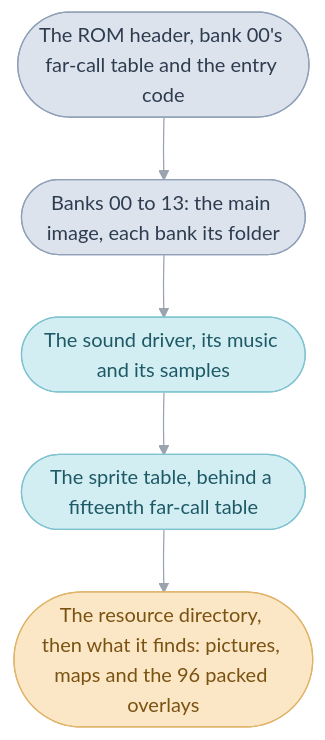
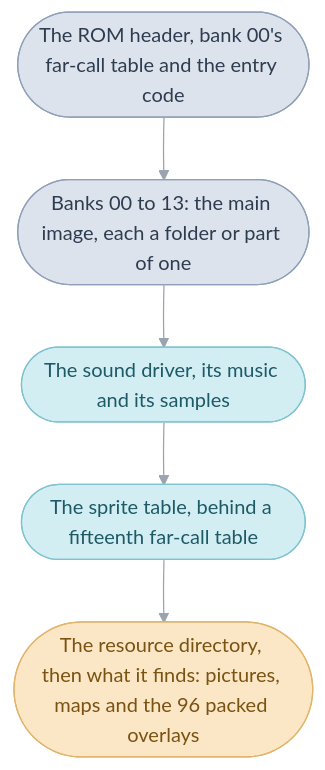
One commit to PascalPixel/alchemy changed the first of 2 diagrams in games/tbs/src/README.md. Above: the diagram before and after it, drawn with Mermaid. The commit also changed other lines of this file, not shown here.

````diff
--- a/games/tbs/src/README.md
+++ b/games/tbs/src/README.md
@@ -121,14 +117,14 @@
 ```mermaid
 %%{init: {"theme": "base", "themeVariables": {"lineColor": "#9AA3AE", "edgeLabelBackground": "#FFFFFF"}, "flowchart": {"curve": "basis", "padding": 12}}}%%
 flowchart TD
-  start(["The ROM header, bank 00's far-call table and the entry code"]) --> banks(["Banks 00 to 13: the main image, each bank its folder"])
+  start(["The ROM header, bank 00's far-call table and the entry code"]) --> banks(["Banks 00 to 13: the main image, each a folder or part of one"])
   banks --> sound(["The sound driver, its music and its samples"])
   sound --> sprites(["The sprite table, behind a fifteenth far-call table"])
   sprites --> directory(["The resource directory, then what it finds: pictures, maps and the 96 packed overlays"])
   classDef image fill:#DDE3EC,stroke:#8FA0B8,color:#2E3C50
   classDef data fill:#D2EEF3,stroke:#7FC3D0,color:#1E5966
   classDef directory fill:#FBE7C6,stroke:#E0B46A,color:#7A5212
   class start,banks image
   class sound,sprites data
   class directory directory
 ```
````
